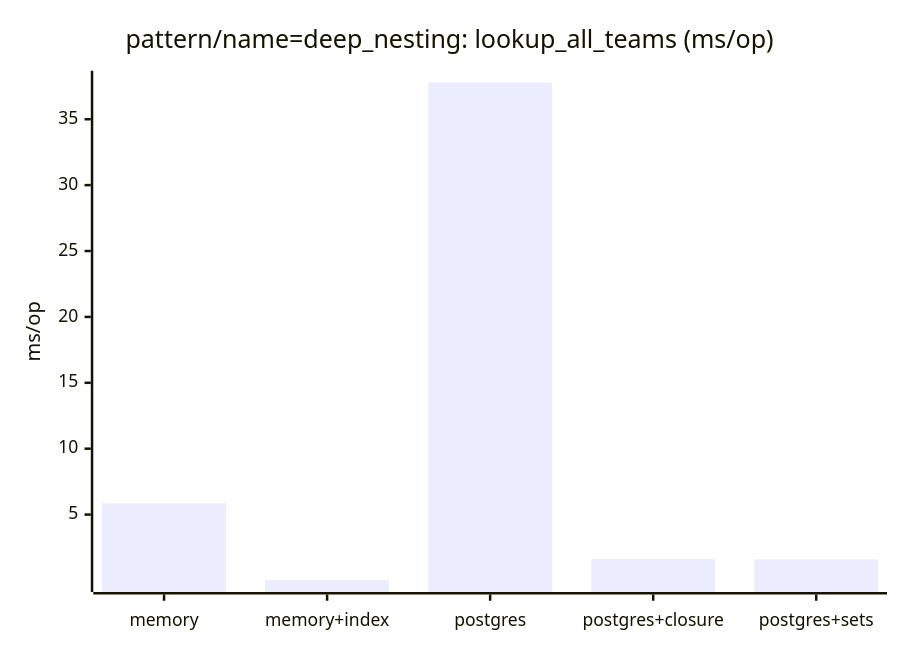
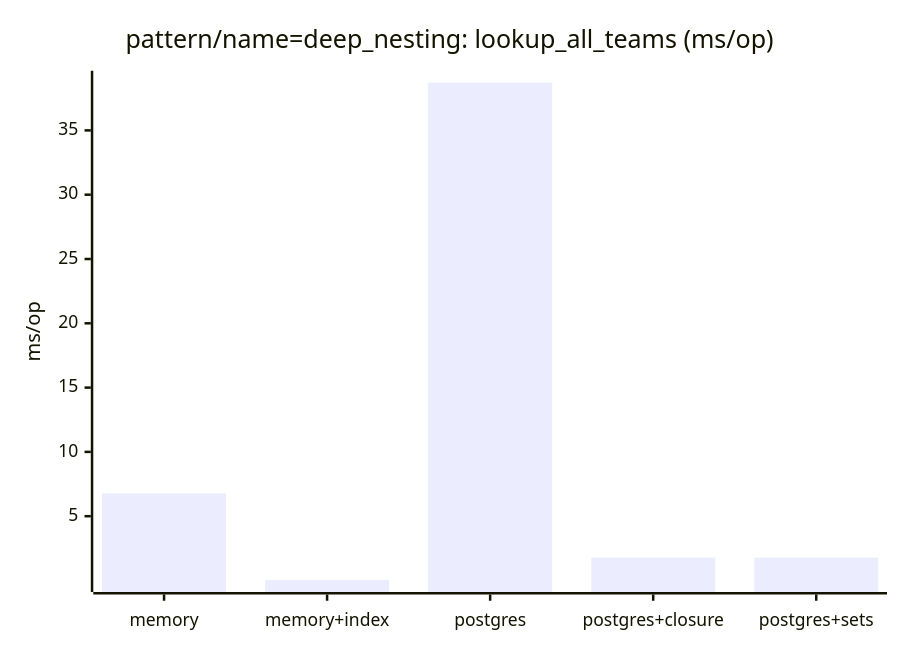
One commit to matick-io/authz changed the fourth of 31 diagrams in compare/compare.md. Above: the diagram before and after it, drawn with Mermaid. The commit also changed other lines of this file and 2 other files, not shown here.

````diff
--- a/compare/compare.md
+++ b/compare/compare.md
@@ -74,7 +74,7 @@
 ```mermaid
 xychart-beta
     title "pattern/name=deep_nesting: lookup_all_teams (ms/op)"
     x-axis ["memory", "memory+index", "postgres", "postgres+closure", "postgres+sets"]
     y-axis "ms/op"
-    bar [5.858, 0.026, 37.778, 1.617, 1.602]
+    bar [6.780, 0.029, 38.715, 1.786, 1.779]
 ```
````
